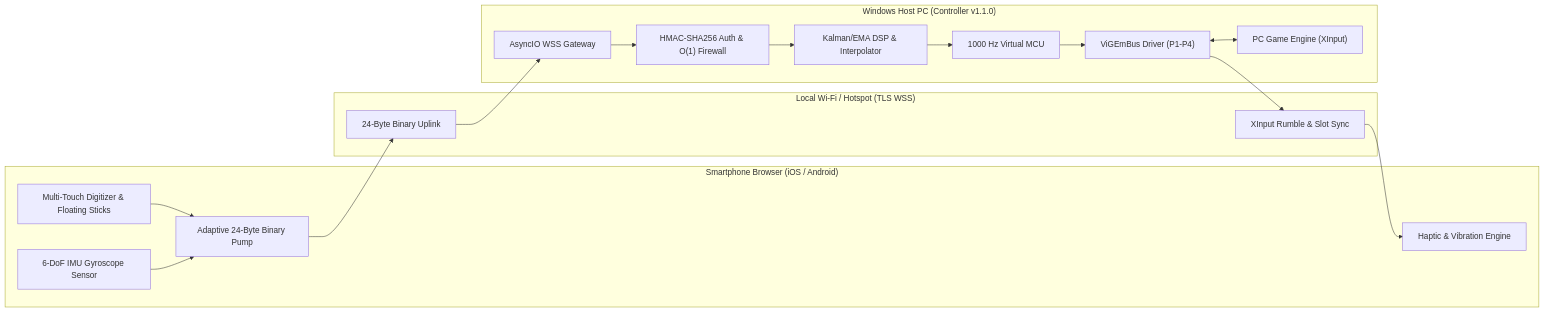
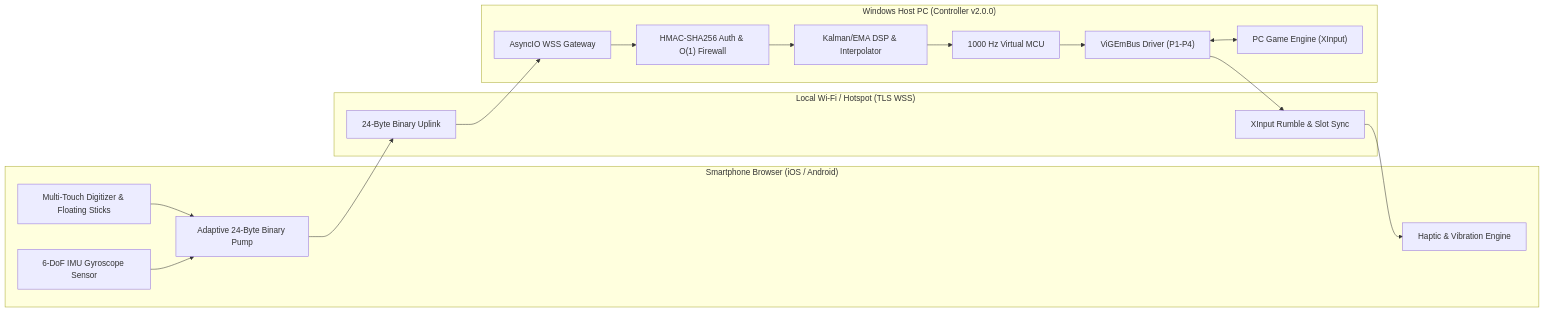
Before and after one commit to UnityNimit/controller: the first of 2 diagrams in README.md, drawn with Mermaid. The commit also changed other lines of this file and 9 other files, not shown here.

````diff
--- a/README.md
+++ b/README.md
@@ -93,24 +93,24 @@
 ```mermaid
 flowchart LR
     subgraph Phone["Smartphone Browser (iOS / Android)"]
         Touch["Multi-Touch Digitizer & Floating Sticks"] --> Pump["Adaptive 24-Byte Binary Pump"]
         Gyro["6-DoF IMU Gyroscope Sensor"] --> Pump
         Haptics["Haptic & Vibration Engine"]
     end
 
     subgraph Network["Local Wi-Fi / Hotspot (TLS WSS)"]
         Uplink["24-Byte Binary Uplink"]
         Downlink["XInput Rumble & Slot Sync"]
     end
 
-    subgraph PC["Windows Host PC (Controller v1.1.0)"]
+    subgraph PC["Windows Host PC (Controller v2.0.0)"]
         Server["AsyncIO WSS Gateway"] --> Firewall["HMAC-SHA256 Auth & O(1) Firewall"]
         Firewall --> DSP["Kalman/EMA DSP & Interpolator"]
         DSP --> MCU["1000 Hz Virtual MCU"]
         MCU --> ViGEm["ViGEmBus Driver (P1-P4)"]
         ViGEm <--> Game["PC Game Engine (XInput)"]
     end
 
     Pump --> Uplink --> Server
     ViGEm --> Downlink --> Haptics
 ```
````
